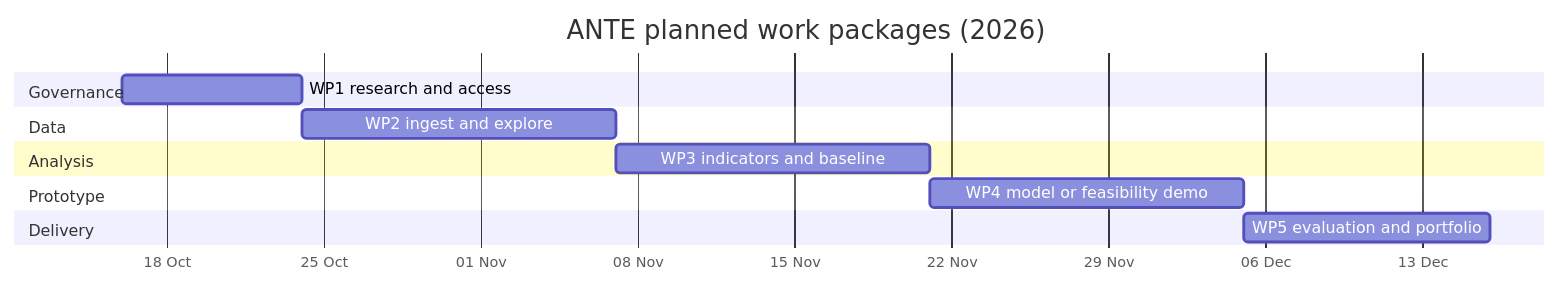
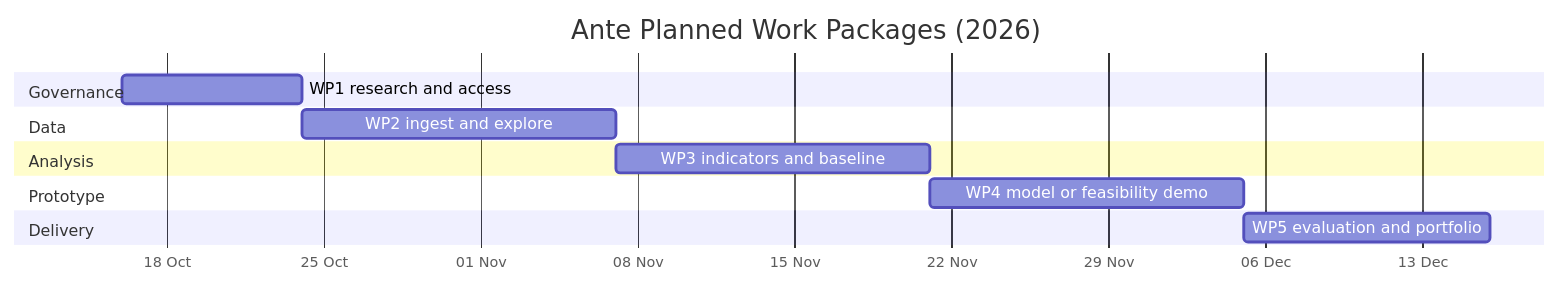
The diagram in docs/project_plan.md (ante-rg/ante-research), drawn with Mermaid before and after one commit. The commit also changed other lines of this file and 10 other files, not shown here.

````diff
--- a/docs/project_plan.md
+++ b/docs/project_plan.md
@@ -15,16 +15,16 @@
 ```mermaid
 gantt
-    title ANTE planned work packages (2026)
+    title Ante Planned Work Packages (2026)
     dateFormat YYYY-MM-DD
     axisFormat %d %b
     section Governance
     WP1 research and access :2026-10-16, 8d
     section Data
     WP2 ingest and explore :2026-10-24, 14d
     section Analysis
     WP3 indicators and baseline :2026-11-07, 14d
     section Prototype
     WP4 model or feasibility demo :2026-11-21, 14d
     section Delivery
     WP5 evaluation and portfolio :2026-12-05, 11d
 ```
````
